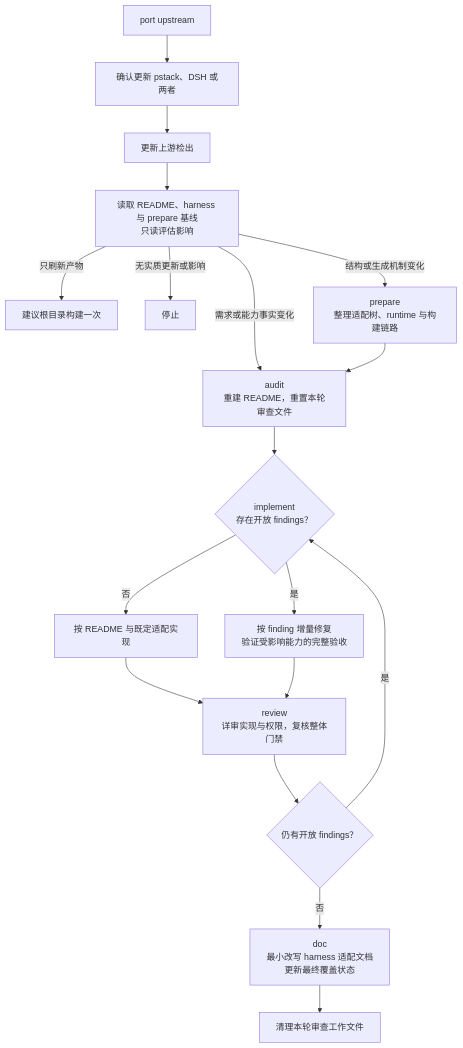
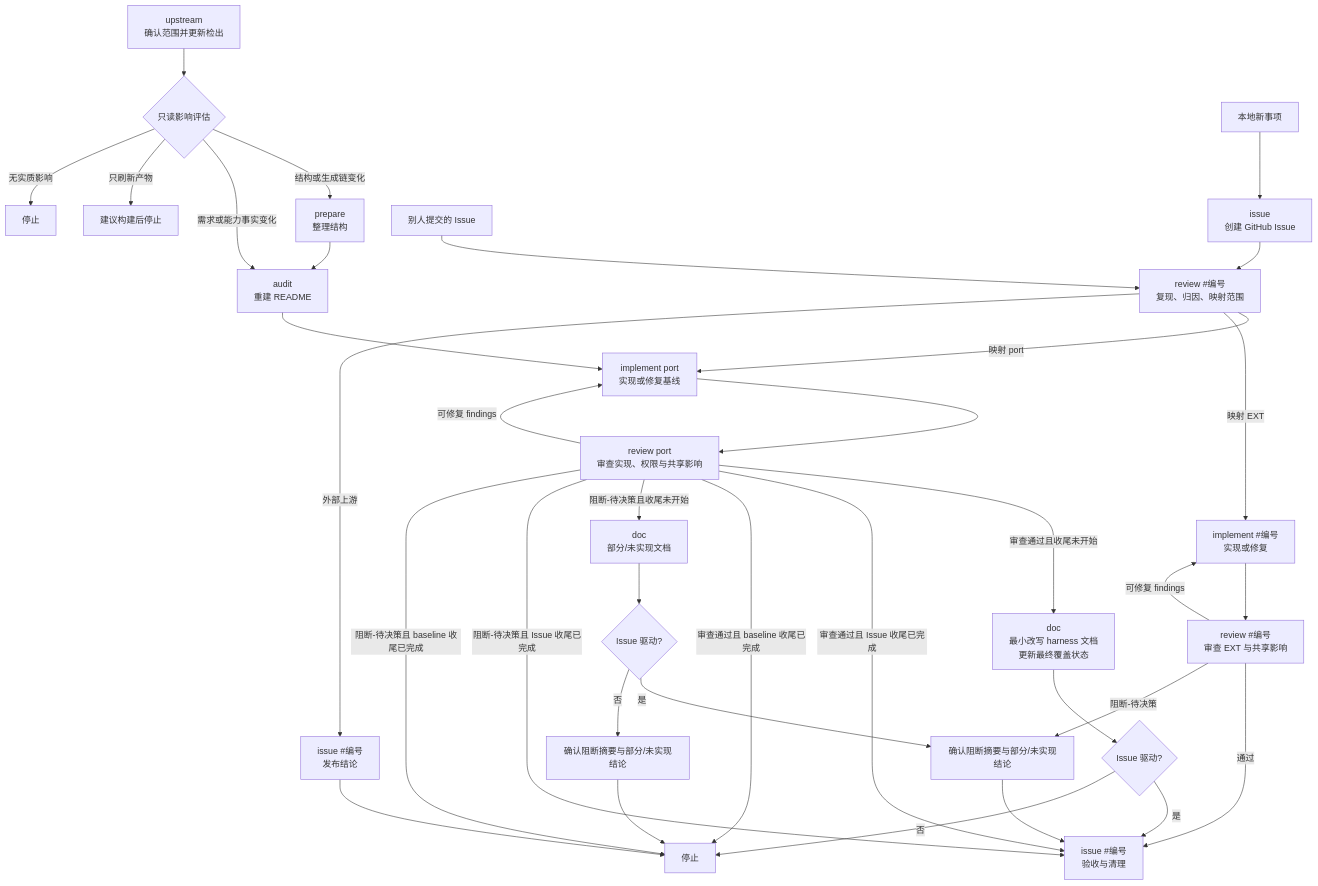
The diagram in .agents/skills/pstack-port/README.md (l246804/dsh-pstack), drawn with Mermaid before and after one commit. The commit also changed other lines of this file and 13 other files, not shown here.

Commit message:
docs: 完善 pstack-port 状态机与流程

````diff
--- a/.agents/skills/pstack-port/README.md
+++ b/.agents/skills/pstack-port/README.md
@@ -21,20 +21,39 @@
 ```mermaid
 flowchart TD
-    Start["port upstream"] --> Target["确认更新 pstack、DSH 或两者"]
-    Target --> Update["更新上游检出"]
-    Update --> Assess["读取 README、harness 与 prepare 基线<br/>只读评估影响"]
-    Assess -->|只刷新产物| Build["建议根目录构建一次"]
-    Assess -->|无实质更新或影响| Stop["停止"]
-    Assess -->|结构或生成机制变化| Prepare["prepare<br/>整理适配树、runtime 与构建链路"]
-    Assess -->|需求或能力事实变化| Audit["audit<br/>重建 README，重置本轮审查文件"]
+    Upstream["upstream<br/>确认范围并更新检出"] --> Assess{"只读影响评估"}
+    Assess -->|结构或生成链变化| Prepare["prepare<br/>整理结构"]
+    Assess -->|需求或能力事实变化| Audit["audit<br/>重建 README"]
+    Assess -->|只刷新产物| Build["建议构建后停止"]
+    Assess -->|无实质影响| Stop["停止"]
     Prepare --> Audit
-    Audit --> Implement{"implement<br/>存在开放 findings？"}
-    Implement -->|否| BuildPort["按 README 与既定适配实现"]
-    Implement -->|是| Fix["按 finding 增量修复<br/>验证受影响能力的完整验收"]
-    BuildPort --> Review["review<br/>详审实现与权限，复核整体门禁"]
-    Fix --> Review
-    Review --> Decision{"仍有开放 findings？"}
-    Decision -->|是| Implement
-    Decision -->|否| Doc["doc<br/>最小改写 harness 适配文档<br/>更新最终覆盖状态"]
-    Doc --> Done["清理本轮审查工作文件"]
+
+    Audit --> PortImpl["implement port<br/>实现或修复基线"]
+    PortImpl --> PortReview["review port<br/>审查实现、权限与共享影响"]
+    PortReview -->|可修复 findings| PortImpl
+    PortReview -->|审查通过且收尾未开始| Doc["doc<br/>最小改写 harness 文档<br/>更新最终覆盖状态"]
+    PortReview -->|审查通过且 Issue 收尾已完成| IssueAccept["issue #编号<br/>验收与清理"]
+    PortReview -->|审查通过且 baseline 收尾已完成| Done["停止"]
+    PortReview -->|阻断-待决策且收尾未开始| PartialDoc["doc<br/>部分/未实现文档"]
+    PortReview -->|阻断-待决策且 Issue 收尾已完成| IssueAccept
+    PortReview -->|阻断-待决策且 baseline 收尾已完成| Done
+    PartialDoc --> PartialCheck{"Issue 驱动?"}
+    PartialCheck -->|是| Confirm["确认阻断摘要与部分/未实现结论"]
+    PartialCheck -->|否| BaselineConfirm["确认阻断摘要与部分/未实现结论"]
+    BaselineConfirm --> Done
+    Confirm --> IssueAccept
+    Doc --> DocCheck{"Issue 驱动?"}
+    DocCheck -->|是| IssueAccept
+    DocCheck -->|否| Done
+
+    NewItem["本地新事项"] --> IssueCreate["issue<br/>创建 GitHub Issue"]
+    ExternalIssue["别人提交的 Issue"] --> IssueReview["review #编号<br/>复现、归因、映射范围"]
+    IssueCreate --> IssueReview
+    IssueReview -->|映射 port| PortImpl
+    IssueReview -->|映射 EXT| ExtImpl["implement #编号<br/>实现或修复"]
+    IssueReview -->|外部上游| ExternalAccept["issue #编号<br/>发布结论"]
+    ExtImpl --> ExtReview["review #编号<br/>审查 EXT 与共享影响"]
+    ExtReview -->|可修复 findings| ExtImpl
+    ExtReview -->|通过| IssueAccept
+    ExtReview -->|阻断-待决策| Confirm
+    ExternalAccept --> Done
 ```
````
